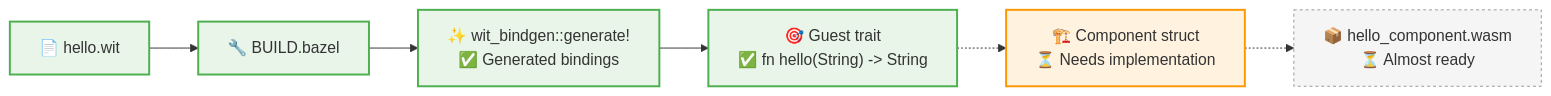
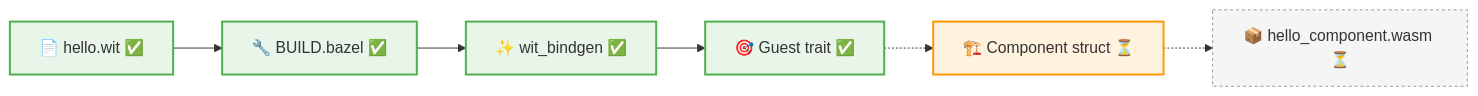
The fifth of 6 diagrams in docs-site/src/content/docs/tutorials/code-explained.mdx (pulseengine/rules_wasm_component), drawn with Mermaid before and after one commit. The commit also changed other lines of this file and 22 other files, not shown here.

First line of the commit message:
docs: add comprehensive guide on host vs WASM bindings

````diff
--- a/docs-site/src/content/docs/tutorials/code-explained.mdx
+++ b/docs-site/src/content/docs/tutorials/code-explained.mdx
@@ -328,24 +328,24 @@
 ```mermaid
 flowchart LR
-    A["📄 hello.wit"]
-    B["🔧 BUILD.bazel"]
+    A[📄 hello.wit ✅]
+    B[🔧 BUILD.bazel ✅]
     
-    C1["✨ wit_bindgen::generate!<br/>✅ Generated bindings"]
-    C2["🎯 Guest trait<br/>✅ fn hello(String) -> String"]
-    C3["🏗️ Component struct<br/>⏳ Needs implementation"]
+    C1[✨ wit_bindgen ✅]
+    C2[🎯 Guest trait ✅]
+    C3[🏗️ Component struct ⏳]
     
-    D["📦 hello_component.wasm<br/>⏳ Almost ready"]
+    D[📦 hello_component.wasm ⏳]
     
     A --> B
     B --> C1
     C1 --> C2
     C2 -.-> C3
     C3 -.-> D
     
     style A fill:#e8f5e8,stroke:#4caf50,stroke-width:2px
     style B fill:#e8f5e8,stroke:#4caf50,stroke-width:2px
     style C1 fill:#e8f5e8,stroke:#4caf50,stroke-width:2px
     style C2 fill:#e8f5e8,stroke:#4caf50,stroke-width:2px
     style C3 fill:#fff3e0,stroke:#ff9800,stroke-width:2px
     style D fill:#f5f5f5,stroke:#999,stroke-dasharray: 3 3
 ```
````
